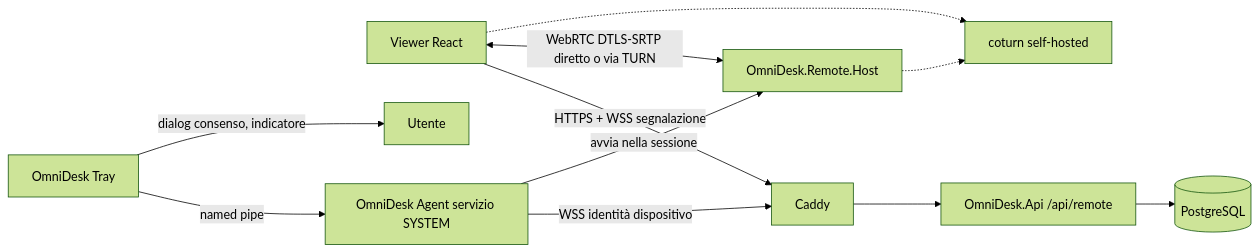
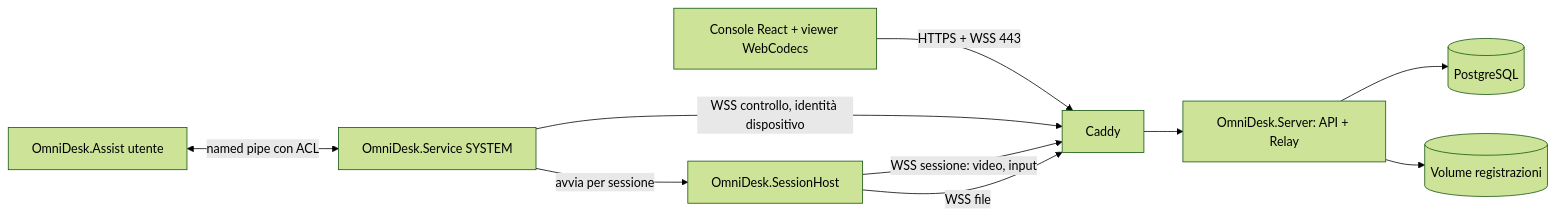
Before and after one commit to ico88/OmniDesk: the diagram in replica/architecture.md, drawn with Mermaid (forest theme). The commit also changed other lines of this file and 2 other files, not shown here.

First line of the commit message:
docs: OmniDesk da zero, solo connessione remota con protocollo e relay propri

````diff
--- a/replica/architecture.md
+++ b/replica/architecture.md
@@ -60,13 +48,12 @@
 ```mermaid
 flowchart LR
- Browser[Viewer React] -->|HTTPS + WSS segnalazione| Caddy
- Caddy --> API[OmniDesk.Api /api/remote]
- API --> DB[(PostgreSQL)]
- Agent[OmniDesk Agent servizio SYSTEM] -->|WSS identità dispositivo| Caddy
- Agent -->|avvia nella sessione| Host[OmniDesk.Remote.Host]
- Tray[OmniDesk Tray] -->|named pipe| Agent
- Tray -->|dialog consenso, indicatore| Utente
- Browser <-->|WebRTC DTLS-SRTP diretto o via TURN| Host
- Browser -.-> TURN[coturn self-hosted]
- Host -.-> TURN
+ Browser[Console React + viewer WebCodecs] -->|HTTPS + WSS 443| Caddy
+ Caddy --> Server[OmniDesk.Server: API + Relay]
+ Server --> DB[(PostgreSQL)]
+ Server --> Rec[(Volume registrazioni)]
+ Service[OmniDesk.Service SYSTEM] -->|WSS controllo, identità dispositivo| Caddy
+ Service -->|avvia per sessione| Host[OmniDesk.SessionHost]
+ Host -->|WSS sessione: video, input| Caddy
+ Host -->|WSS file| Caddy
+ Assist[OmniDesk.Assist utente] <-->|named pipe con ACL| Service
 ```
````
